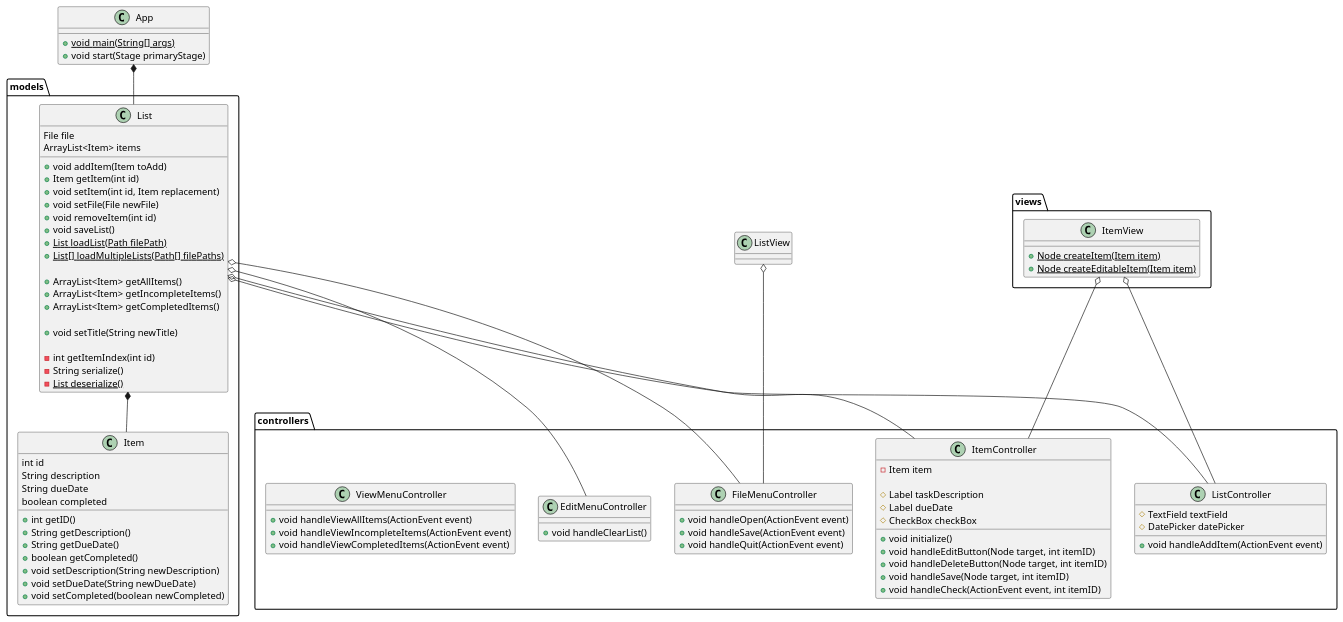
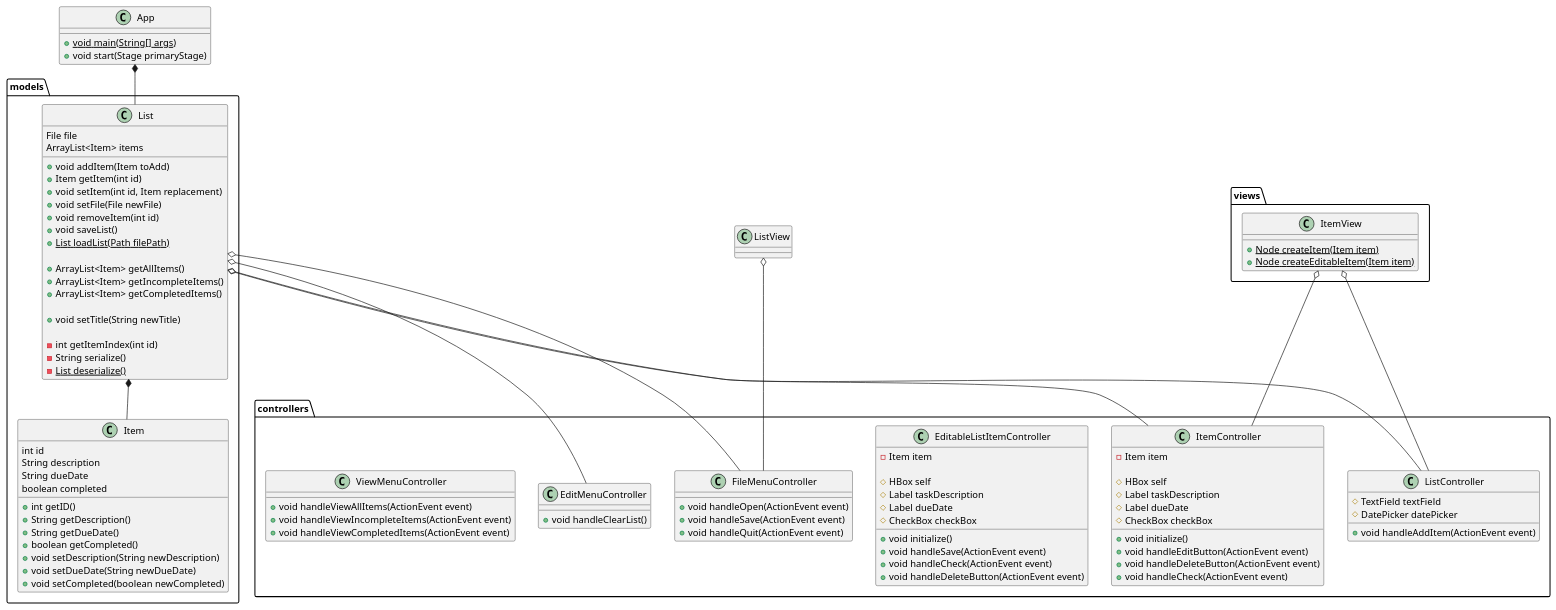
The diagram in uml/Application.puml (brooksmckinley/mckinley-cop3330-assignment4part2), drawn with PlantUML before and after one commit. The commit also changed 7 other files, not shown here.

Commit message:
Completed Requirement 9: A user shall be able to mark an item in the list as either complete or incomplete

```diff
--- a/uml/Application.puml
+++ b/uml/Application.puml
@@ -1,118 +1,131 @@
 @startuml
 'https://plantuml.com/class-diagram
 
 'Main entrypoint
 
 class App {
     +{static} void main(String[] args)
     +void start(Stage primaryStage)
 }
 
 'Views
 package views {
     class ItemView {
         +{static} Node createItem(Item item)
         +{static} Node createEditableItem(Item item)
     }
 }
 
 'Controllers
 package controllers {
     class ListController {
         #TextField textField
         #DatePicker datePicker
 
         +void handleAddItem(ActionEvent event)
     }
 
     class ItemController {
         -Item item
 
+        #HBox self
         #Label taskDescription
         #Label dueDate
         #CheckBox checkBox
 
         +void initialize()
-        +void handleEditButton(Node target, int itemID)
-        +void handleDeleteButton(Node target, int itemID)
-        +void handleSave(Node target, int itemID)
-        +void handleCheck(ActionEvent event, int itemID)
+        +void handleEditButton(ActionEvent event)
+        +void handleDeleteButton(ActionEvent event)
+        +void handleCheck(ActionEvent event)
+    }
+
+    class EditableListItemController {
+        -Item item
+
+        #HBox self
+        #Label taskDescription
+        #Label dueDate
+        #CheckBox checkBox
+
+        +void initialize()
+        +void handleSave(ActionEvent event)
+        +void handleCheck(ActionEvent event)
+        +void handleDeleteButton(ActionEvent event)
     }
 
     class FileMenuController {
         +void handleOpen(ActionEvent event)
         +void handleSave(ActionEvent event)
         +void handleQuit(ActionEvent event)
     }
 
     class EditMenuController {
         +void handleClearList()
     }
 
     class ViewMenuController {
         +void handleViewAllItems(ActionEvent event)
         +void handleViewIncompleteItems(ActionEvent event)
         +void handleViewCompletedItems(ActionEvent event)
     }
 
 }
 
 'Models
 
 package models {
 
     class List {
         File file
         ArrayList<Item> items
 
         +void addItem(Item toAdd)
         +Item getItem(int id)
         +void setItem(int id, Item replacement)
         +void setFile(File newFile)
         +void removeItem(int id)
         +void saveList()
         {static} +List loadList(Path filePath)
-        {static} +List[] loadMultipleLists(Path[] filePaths)
 
         +ArrayList<Item> getAllItems()
         +ArrayList<Item> getIncompleteItems()
         +ArrayList<Item> getCompletedItems()
 
         +void setTitle(String newTitle)
 
         -int getItemIndex(int id)
         -String serialize()
         -{static} List deserialize()
     }
 
     class Item {
         int id
         String description
         String dueDate
         boolean completed
 
         +int getID()
         +String getDescription()
         +String getDueDate()
         +boolean getCompleted()
         +void setDescription(String newDescription)
         +void setDueDate(String newDueDate)
         +void setCompleted(boolean newCompleted)
     }
 
     List *-- Item
 }
 
 'Cross-Package dependencies
 List o-- ListController
 List o-- FileMenuController
 List o-- EditMenuController
 List o-- ItemController
 ItemView o-- ListController
 ItemView o-- ItemController
 ListView o-- FileMenuController
 
 App *-- List
 
 
 @enduml
```
